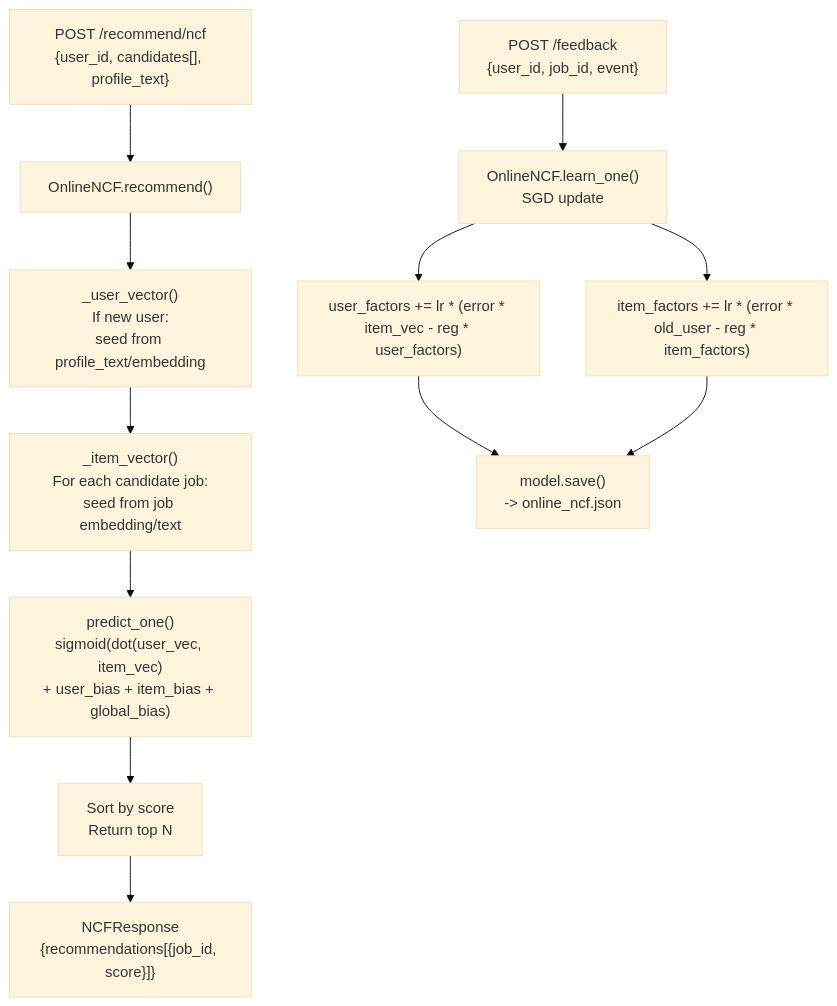
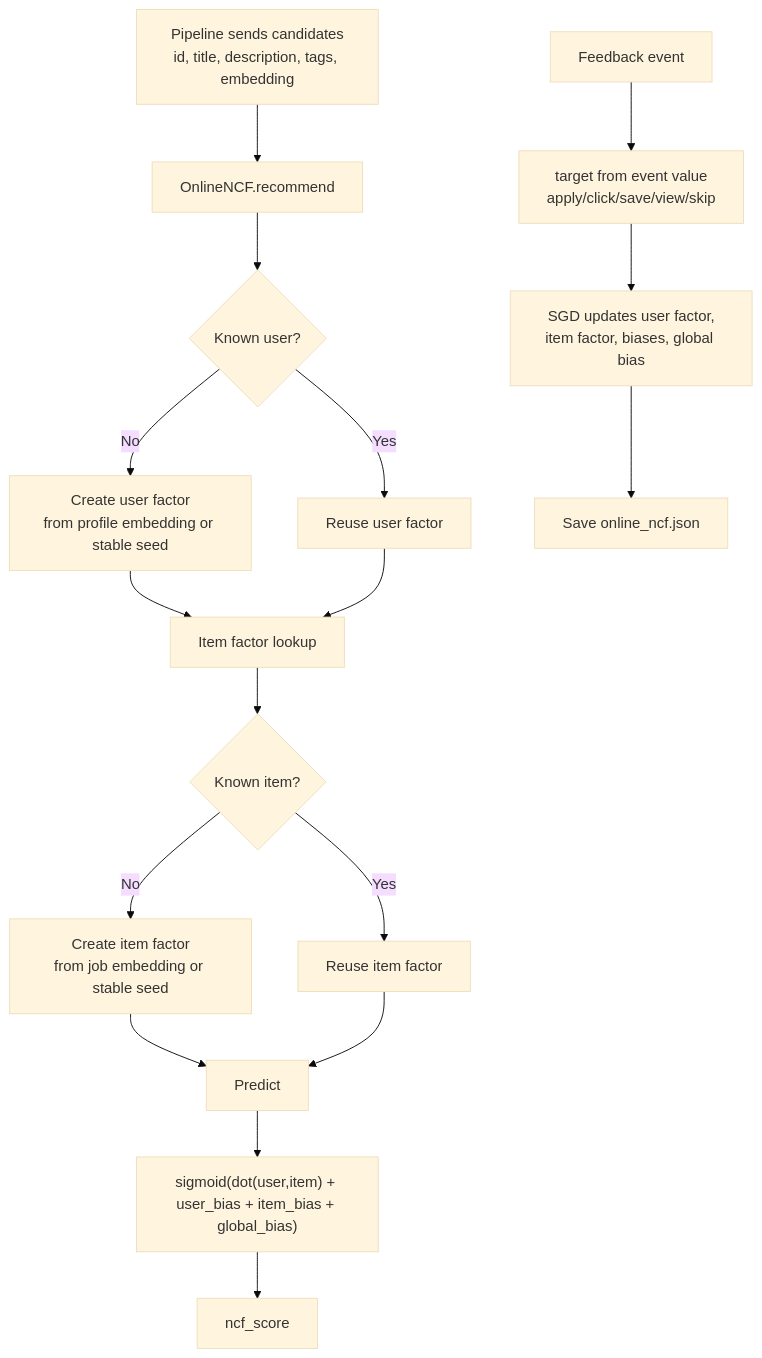
The seventh of 15 diagrams in diagram.md (zXmill/SCPA-job-advisor), drawn with Mermaid (base theme) before and after one commit. The commit also changed other lines of this file and 1 other file, not shown here.

````diff
--- a/diagram.md
+++ b/diagram.md
@@ -497,15 +310,20 @@
 ```mermaid
 flowchart TD
-    A["POST /recommend/ncf<br/>{user_id, candidates[], profile_text}"] --> B["OnlineNCF.recommend()"]
-    B --> C["_user_vector()<br/>If new user:<br/>seed from profile_text/embedding"]
-    C --> D["_item_vector()<br/>For each candidate job:<br/>seed from job embedding/text"]
-    D --> E["predict_one()<br/>sigmoid(dot(user_vec, item_vec)<br/>+ user_bias + item_bias + global_bias)"]
-    E --> F["Sort by score<br/>Return top N"]
-    F --> G["NCFResponse<br/>{recommendations[{job_id, score}]}"]
+    A["Pipeline sends candidates<br/>id, title, description, tags, embedding"] --> B["OnlineNCF.recommend"]
+    B --> C{"Known user?"}
+    C -->|"No"| D["Create user factor<br/>from profile embedding or stable seed"]
+    C -->|"Yes"| E["Reuse user factor"]
+    D --> F["Item factor lookup"]
+    E --> F
+    F --> G{"Known item?"}
+    G -->|"No"| H["Create item factor<br/>from job embedding or stable seed"]
+    G -->|"Yes"| I["Reuse item factor"]
+    H --> J["Predict"]
+    I --> J
+    J --> K["sigmoid(dot(user,item) + user_bias + item_bias + global_bias)"]
+    K --> L["ncf_score"]
 
-    H["POST /feedback<br/>{user_id, job_id, event}"] --> I["OnlineNCF.learn_one()<br/>SGD update"]
-    I --> J["user_factors += lr * (error * item_vec - reg * user_factors)"]
-    I --> K["item_factors += lr * (error * old_user - reg * item_factors)"]
-    J --> L["model.save()<br/>-> online_ncf.json"]
-    K --> L
+    M["Feedback event"] --> N["target from event value<br/>apply/click/save/view/skip"]
+    N --> O["SGD updates user factor,<br/>item factor, biases, global bias"]
+    O --> P["Save online_ncf.json"]
 ```
````
